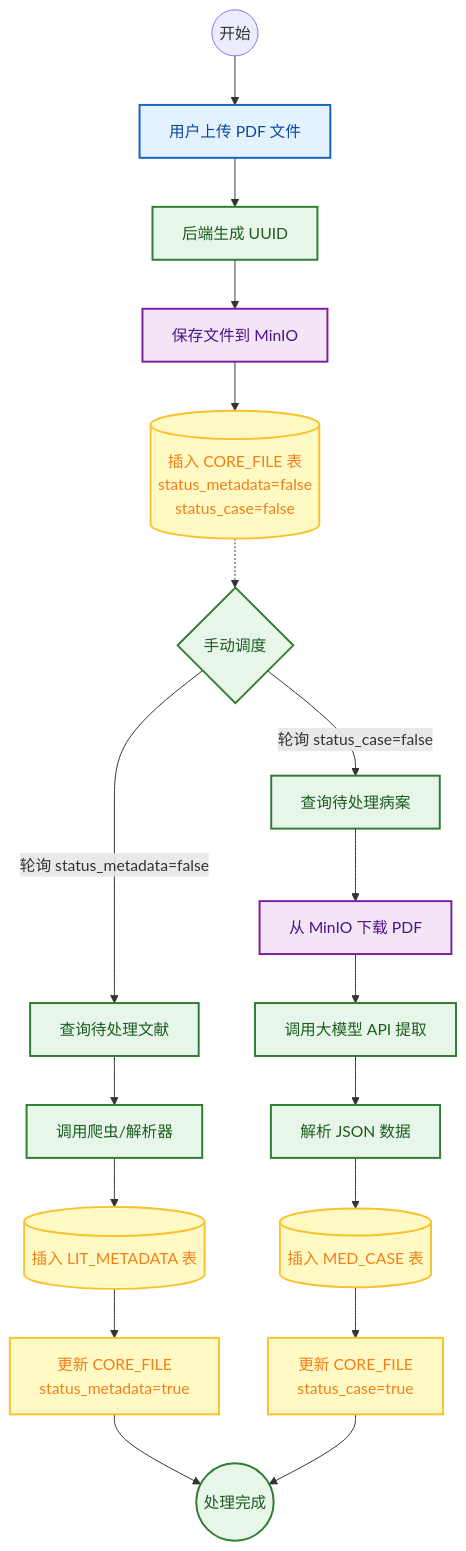
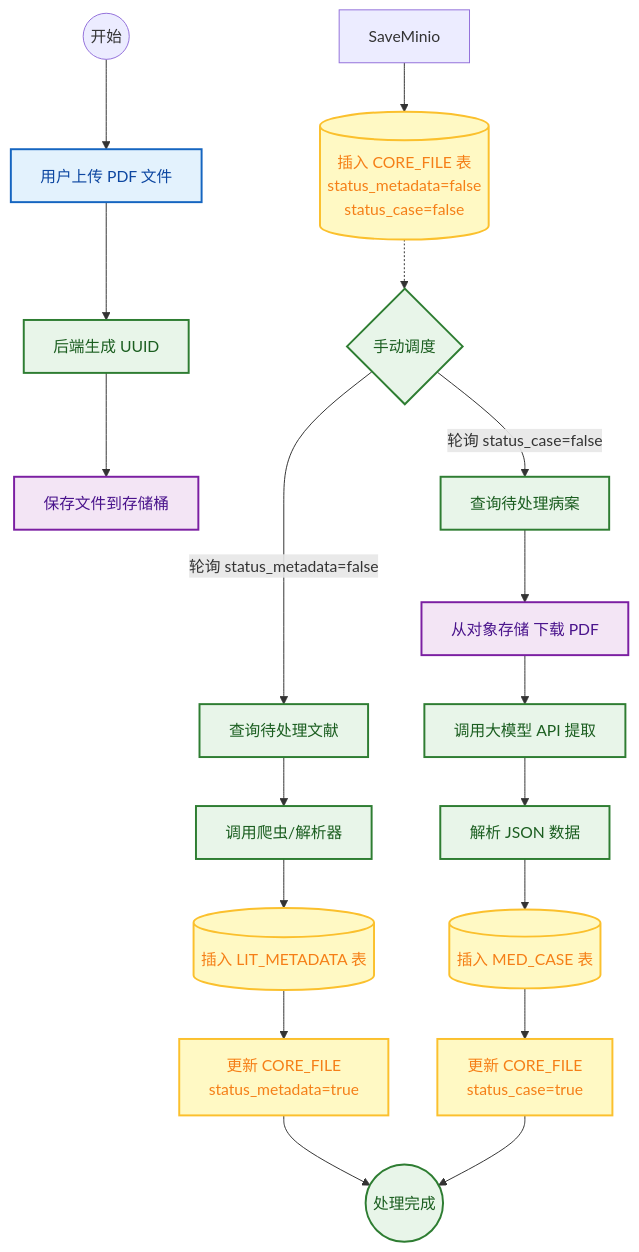
The first of 2 diagrams in README.md (jiangbo1209/Tcm-agent), drawn with Mermaid before and after one commit. The commit also changed other lines of this file and 19 other files, not shown here.

````diff
--- a/README.md
+++ b/README.md
@@ -63,41 +63,41 @@
 ```mermaid
 graph TD
 
     %% 定义样式
 
     classDef userAction fill:#e3f2fd,stroke:#1565c0,stroke-width:2px,color:#0d47a1;
     classDef db fill:#fff9c4,stroke:#fbc02d,stroke-width:2px,color:#f57f17;
     classDef process fill:#e8f5e9,stroke:#2e7d32,stroke-width:2px,color:#1b5e20;
-    classDef minio fill:#f3e5f5,stroke:#7b1fa2,stroke-width:2px,color:#4a148c;
+    classDef storage fill:#f3e5f5,stroke:#7b1fa2,stroke-width:2px,color:#4a148c;
 
-    %% --- 阶段 1: 文件上传 ---
+    %% --- 阶段 1: 文件上传 ---
 
-    Start((开始)) --> UploadAction[用户上传 PDF 文件]:::userAction
-    UploadAction --> GenUUID[后端生成 UUID]:::process
-    GenUUID --> SaveMinio[保存文件到 MinIO]:::minio
+    Start((开始)) --> UploadAction[用户上传 PDF 文件]:::userAction
+    UploadAction --> GenUUID[后端生成 UUID]:::process
+    GenUUID --> SaveStorage[保存文件到存储桶]:::storage
     SaveMinio --> InsertCoreFile[(插入 CORE_FILE 表<br/>status_metadata=false<br/>status_case=false)]:::db
 
     %% --- 调度/轮询层 ---
 
     InsertCoreFile -.-> Scheduler{手动调度}:::process
 
     %% --- 阶段 2: 文献元数据提取 ---
 
     Scheduler -- "轮询 status_metadata=false" --> QueryMeta[查询待处理文献]:::process
     QueryMeta --> CrawlAction[调用爬虫/解析器]:::process
     CrawlAction --> InsertLitMeta[(插入 LIT_METADATA 表)]:::db
     InsertLitMeta --> UpdateMetaStatus[更新 		CORE_FILE<br/>status_metadata=true]:::db
 
     %% --- 阶段 4: 病案解析 ---
 
     Scheduler -- "轮询 status_case=false" --> QueryCase[查询待处理病案]:::process
-    QueryCase --> DownloadPDF[从 MinIO 下载 PDF]:::minio
+    QueryCase --> DownloadPDF[从对象存储 下载 PDF]:::storage
     DownloadPDF --> LLMProcess[调用大模型 API 提取]:::process
     LLMProcess --> ParseJSON[解析 JSON 数据]:::process
     ParseJSON --> InsertCase[(插入 MED_CASE 表)]:::db
     InsertCase --> UpdateCaseStatus[更新 CORE_FILE<br/>status_case=true]:::db
 
     %% --- 结束 ---
     UpdateMetaStatus --> End((处理完成)):::process
     UpdateCaseStatus --> End
 ```
````
